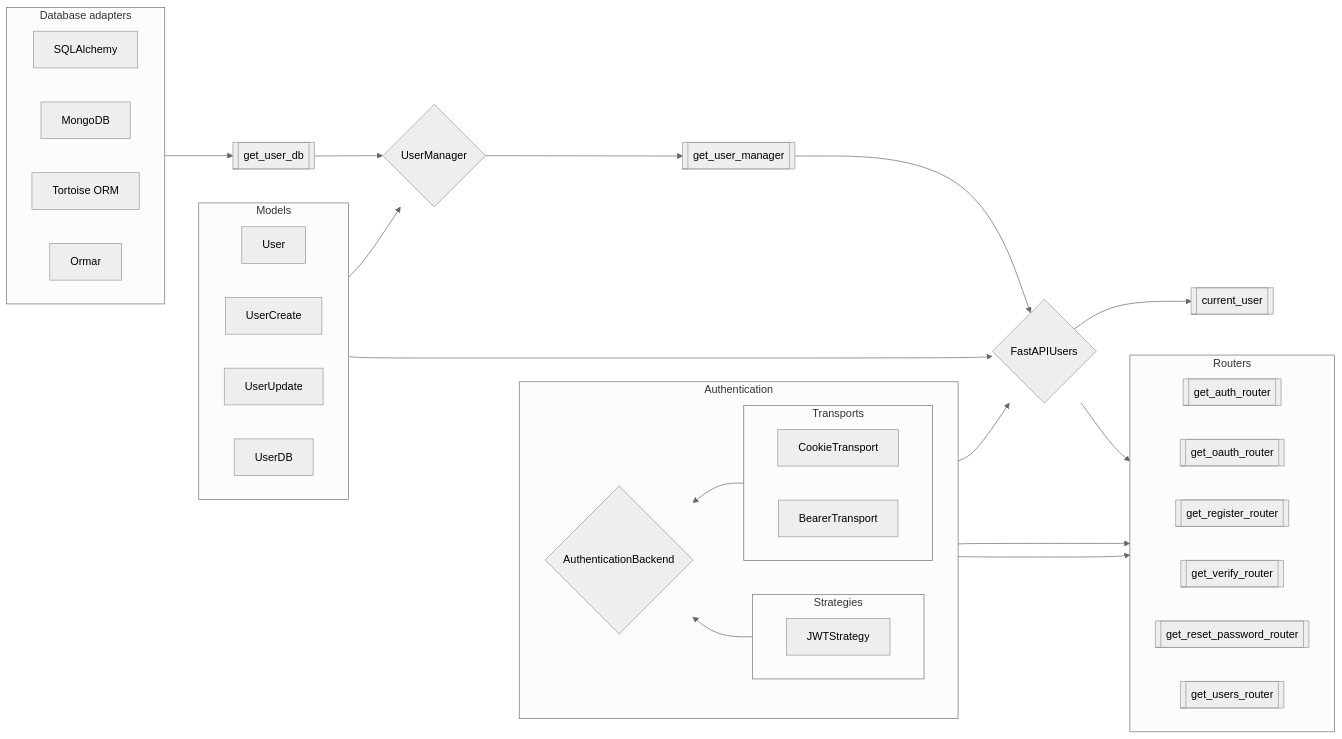
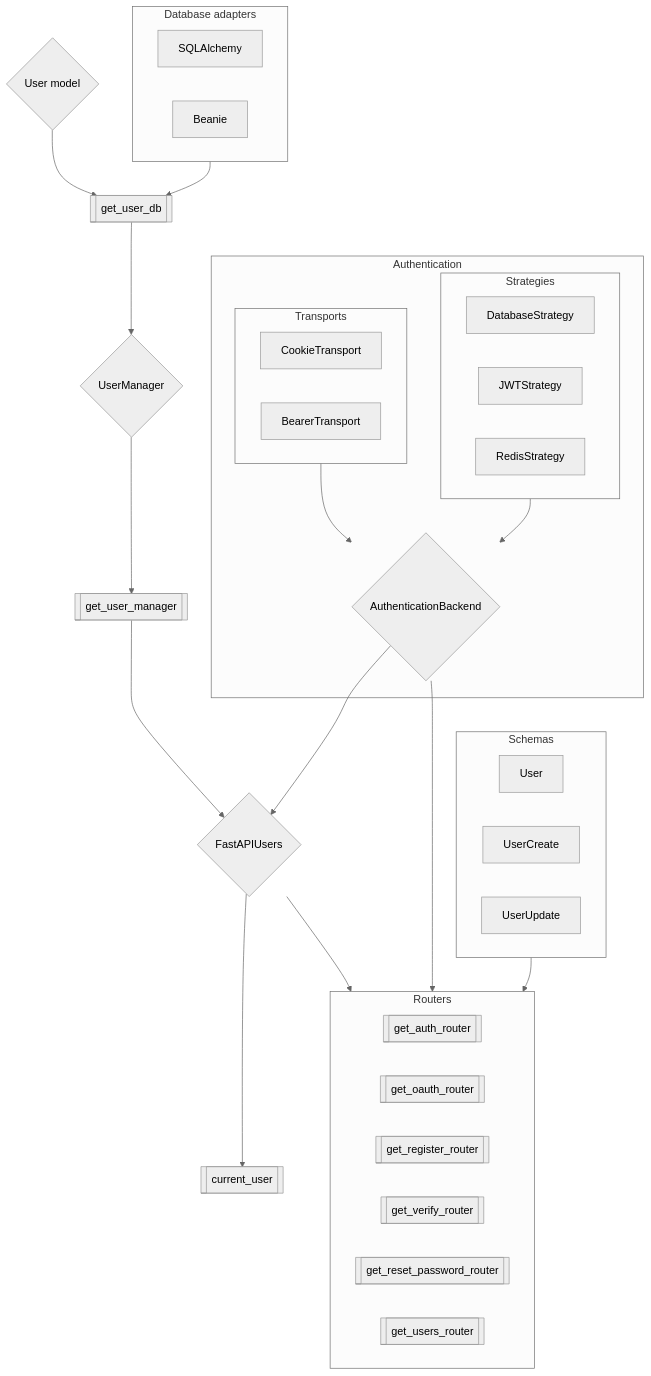
Before and after one commit to fastapi-users/fastapi-users: the diagram in docs/configuration/overview.md, drawn with Mermaid (neutral theme). The commit also changed other lines of this file and 128 other files, not shown here.

````diff
--- a/docs/configuration/overview.md
+++ b/docs/configuration/overview.md
@@ -6,63 +6,56 @@
 ```mermaid
-flowchart LR
+flowchart TB
     FASTAPI_USERS{FastAPIUsers}
     USER_MANAGER{UserManager}
+    USER_MODEL{User model}
     DATABASE_DEPENDENCY[[get_user_db]]
     USER_MANAGER_DEPENDENCY[[get_user_manager]]
     CURRENT_USER[[current_user]]
-    subgraph MODELS[Models]
-        direction RL
+    subgraph SCHEMAS[Schemas]
         USER[User]
         USER_CREATE[UserCreate]
         USER_UPDATE[UserUpdate]
-        USER_DB[UserDB]
     end
     subgraph DATABASE[Database adapters]
-        direction RL
         SQLALCHEMY[SQLAlchemy]
-        MONGODB[MongoDB]
-        TORTOISE[Tortoise ORM]
-        ORMAR[Ormar]
+        BEANIE[Beanie]
     end
     subgraph ROUTERS[Routers]
-        direction RL
         AUTH[[get_auth_router]]
         OAUTH[[get_oauth_router]]
         REGISTER[[get_register_router]]
         VERIFY[[get_verify_router]]
         RESET[[get_reset_password_router]]
         USERS[[get_users_router]]
     end
     subgraph AUTH_BACKENDS[Authentication]
-        direction RL
         subgraph TRANSPORTS[Transports]
-            direction RL
             COOKIE[CookieTransport]
             BEARER[BearerTransport]
         end
         subgraph STRATEGIES[Strategies]
-            direction RL
+            DB[DatabaseStrategy]
             JWT[JWTStrategy]
+            REDIS[RedisStrategy]
         end
         AUTH_BACKEND{AuthenticationBackend}
     end
     DATABASE --> DATABASE_DEPENDENCY
+    USER_MODEL --> DATABASE_DEPENDENCY
     DATABASE_DEPENDENCY --> USER_MANAGER
-
-    MODELS --> USER_MANAGER
-    MODELS --> FASTAPI_USERS
 
     USER_MANAGER --> USER_MANAGER_DEPENDENCY
     USER_MANAGER_DEPENDENCY --> FASTAPI_USERS
 
     FASTAPI_USERS --> ROUTERS
 
     TRANSPORTS --> AUTH_BACKEND
     STRATEGIES --> AUTH_BACKEND
 
-    AUTH_BACKEND --> AUTH
-    AUTH_BACKEND --> OAUTH
+    AUTH_BACKEND --> ROUTERS
     AUTH_BACKEND --> FASTAPI_USERS
 
     FASTAPI_USERS --> CURRENT_USER
+
+    SCHEMAS --> ROUTERS
 ```
````
